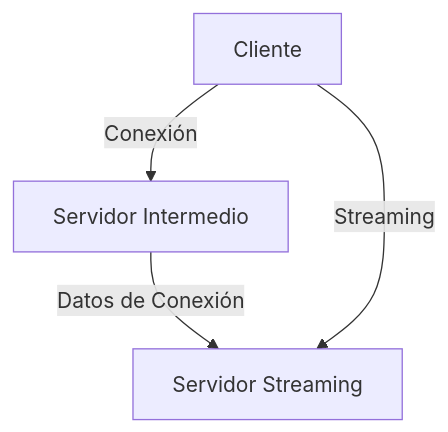
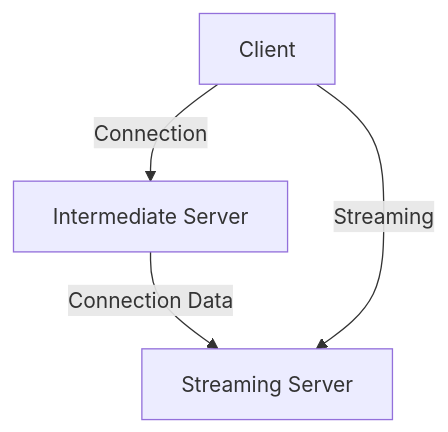
The diagram in README.md (jgutierrezgil/MediaBridge), drawn with Mermaid before and after one commit. The commit also changed other lines of this file, not shown here.

````diff
--- a/README.md
+++ b/README.md
@@ -54,6 +41,6 @@
 ```mermaid
 graph TD
-    A[Cliente] -->|Conexión| B[Servidor Intermedio]
-    B -->|Datos de Conexión| C[Servidor Streaming]
+    A[Client] -->|Connection| B[Intermediate Server]
+    B -->|Connection Data| C[Streaming Server]
     A -->|Streaming| C
 ```
````
